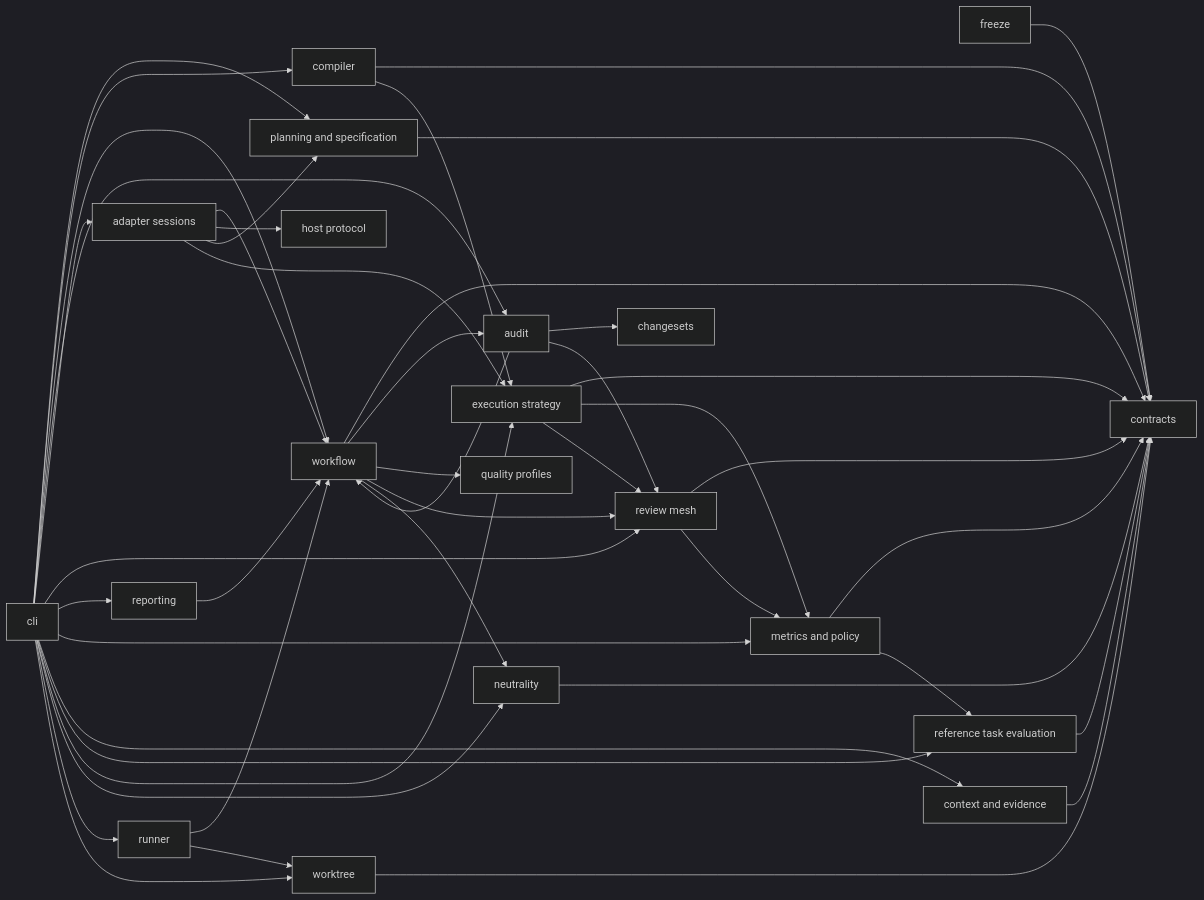
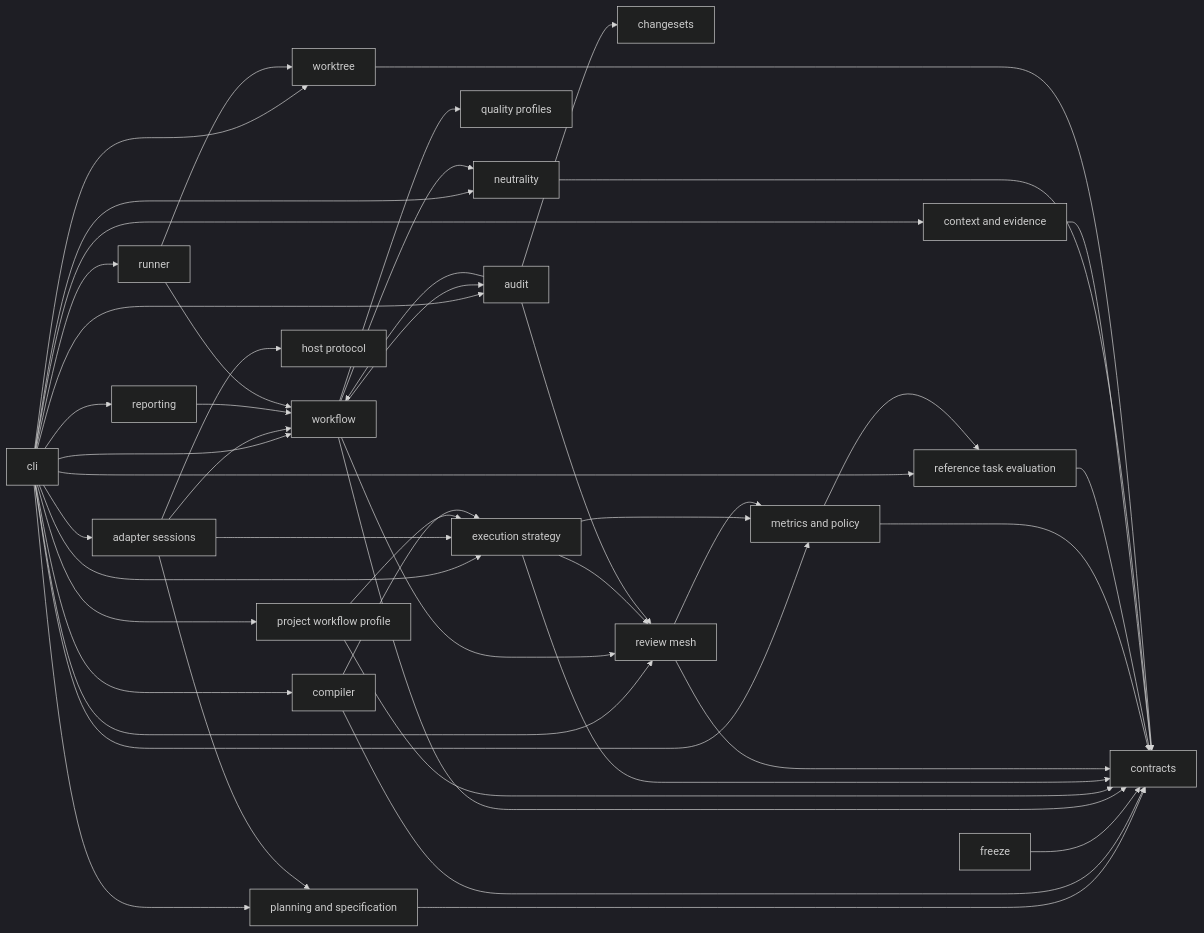
The fourth of 15 diagrams in docs/architecture/system-architecture.md (avksp/agent-lifecycle-kit), drawn with Mermaid (dark theme) before and after one commit. The commit also changed other lines of this file and 61 other files, not shown here.

Commit message:
feat: add project workflow profiles

````diff
--- a/docs/architecture/system-architecture.md
+++ b/docs/architecture/system-architecture.md
@@ -146,68 +150,72 @@
 ```mermaid
 flowchart LR
   cli[cli]
   contracts[contracts]
   changesets[changesets]
   compiler[compiler]
   planning[planning and specification]
   freeze[freeze]
   workflow[workflow]
   audit[audit]
   adapter_sessions[adapter sessions]
+  project_profile[project workflow profile]
   host_protocol[host protocol]
   review_mesh[review mesh]
   reporting[reporting]
   metrics[metrics and policy]
   context[context and evidence]
   quality[quality profiles]
   strategy[execution strategy]
   benchmarks[reference task evaluation]
   neutrality[neutrality]
   runner[runner]
   worktree[worktree]
 
   cli --> planning
   cli --> compiler
   cli --> workflow
   cli --> audit
   cli --> adapter_sessions
+  cli --> project_profile
   cli --> review_mesh
   cli --> reporting
   cli --> metrics
   cli --> context
   cli --> benchmarks
   cli --> strategy
   cli --> neutrality
   cli --> runner
   cli --> worktree
   planning --> contracts
   compiler --> contracts
   freeze --> contracts
   workflow --> contracts
   workflow --> audit
   workflow --> quality
   workflow --> review_mesh
   workflow --> neutrality
   adapter_sessions --> workflow
   adapter_sessions --> host_protocol
   adapter_sessions --> planning
   adapter_sessions --> strategy
+  project_profile --> contracts
+  project_profile --> strategy
   compiler --> strategy
   strategy --> contracts
   strategy --> metrics
   strategy --> review_mesh
   review_mesh --> contracts
   review_mesh --> metrics
   audit --> workflow
   audit --> changesets
   audit --> review_mesh
   reporting --> workflow
   metrics --> contracts
   benchmarks --> contracts
   metrics --> benchmarks
   context --> contracts
   neutrality --> contracts
   runner --> workflow
   runner --> worktree
   worktree --> contracts
 ```
````
